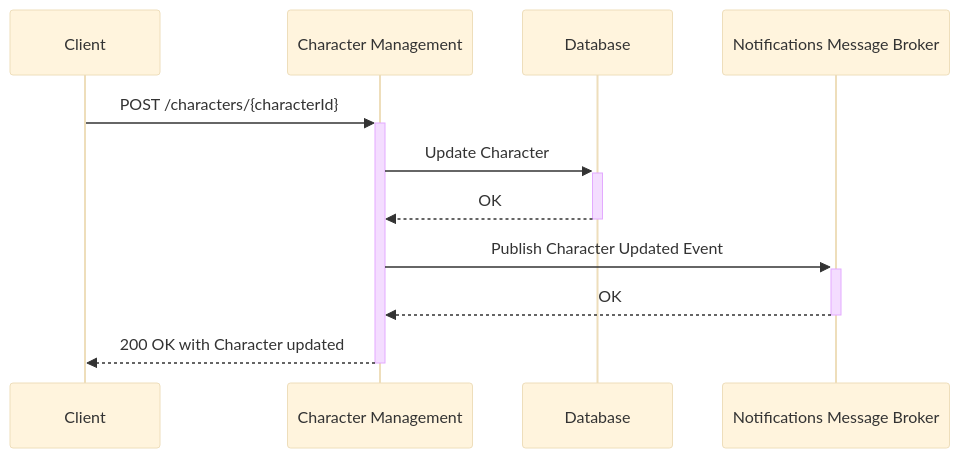
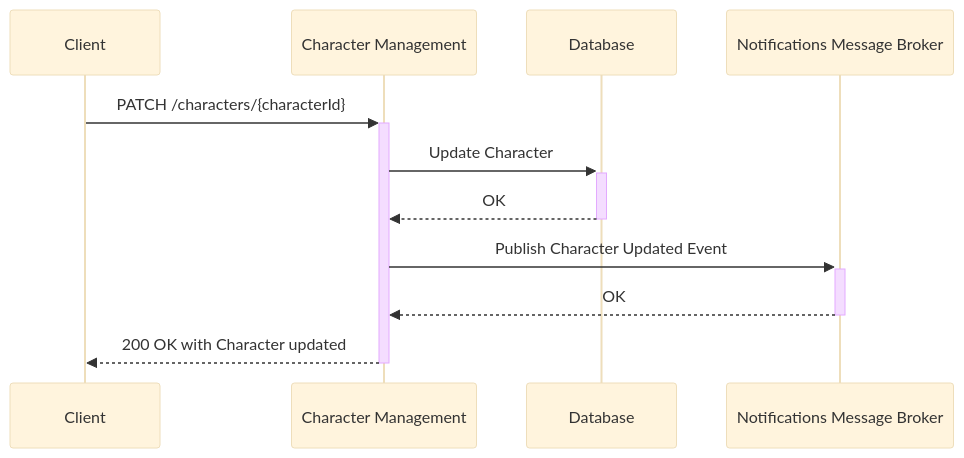
One commit to REW1L/munch-helper changed the fourth of 5 diagrams in docs/descriptions/MunchHelper/Backend Services/Character Management.md. Above: the diagram before and after it, drawn with Mermaid (base theme). The commit also changed other lines of this file and 6 other files, not shown here.

````diff
--- a/docs/descriptions/MunchHelper/Backend Services/Character Management.md
+++ b/docs/descriptions/MunchHelper/Backend Services/Character Management.md
@@ -145,14 +145,14 @@
 ```mermaid
 sequenceDiagram
     participant Client
     participant Character Management
     participant Database
     participant Notifications Message Broker
 
-    Client ->>+ Character Management: POST /characters/{characterId}
+    Client ->>+ Character Management: PATCH /characters/{characterId}
     Character Management ->>+ Database: Update Character
     Database -->>- Character Management: OK
     Character Management ->>+ Notifications Message Broker: Publish Character Updated Event
     Notifications Message Broker -->>- Character Management: OK
     Character Management -->>- Client: 200 OK with Character updated
 ```
````
